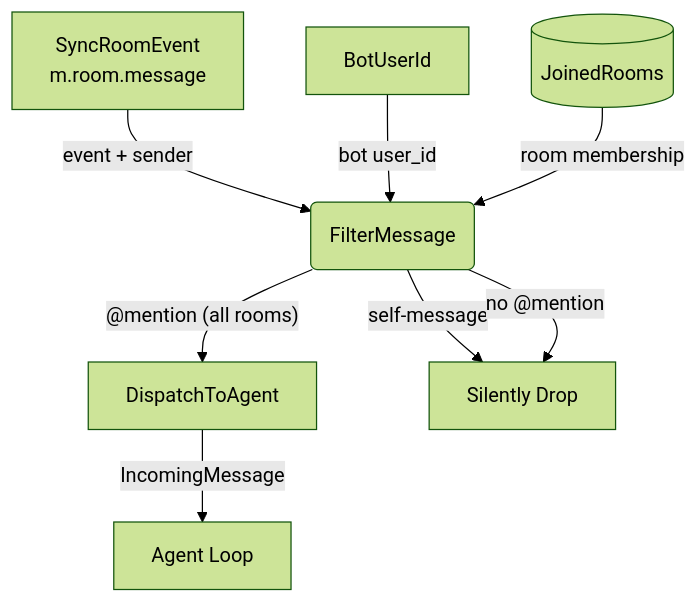
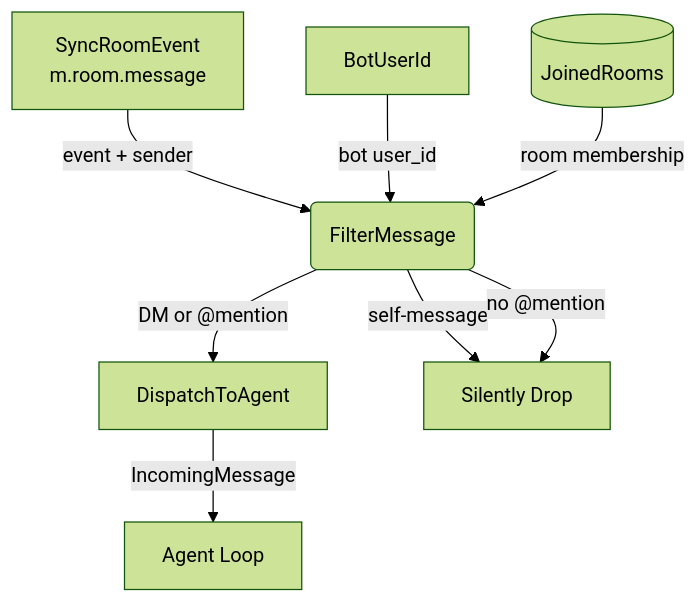
The third of 9 diagrams in _dfd/infra/matrix.md (cosmoswafer/rockbot), drawn with Mermaid (forest theme) before and after one commit. The commit also changed other lines of this file and 1 other file, not shown here.

Commit message:
feat(matrix): DMs bypass mention filter, check m.mentions.user_ids in group rooms (closes #45)

````diff
--- a/_dfd/infra/matrix.md
+++ b/_dfd/infra/matrix.md
@@ -98,17 +98,17 @@
 ```mermaid
 flowchart TD
     EVT[SyncRoomEvent<br/>m.room.message]
     FILTER(FilterMessage)
     BOT_USER[BotUserId]
     ROOMS[(JoinedRooms)]
     DISPATCH[DispatchToAgent]
     DROP[Silently Drop]
 
     EVT -->|"event + sender"| FILTER
     BOT_USER -->|"bot user_id"| FILTER
     ROOMS -->|"room membership"| FILTER
     FILTER -->|"self-message"| DROP
-    FILTER -->|"@mention (all rooms)"| DISPATCH
+    FILTER -->|"DM or @mention"| DISPATCH
     FILTER -->|"no @mention"| DROP
     DISPATCH -->|"IncomingMessage"| AGENT[Agent Loop]
 ```
````
